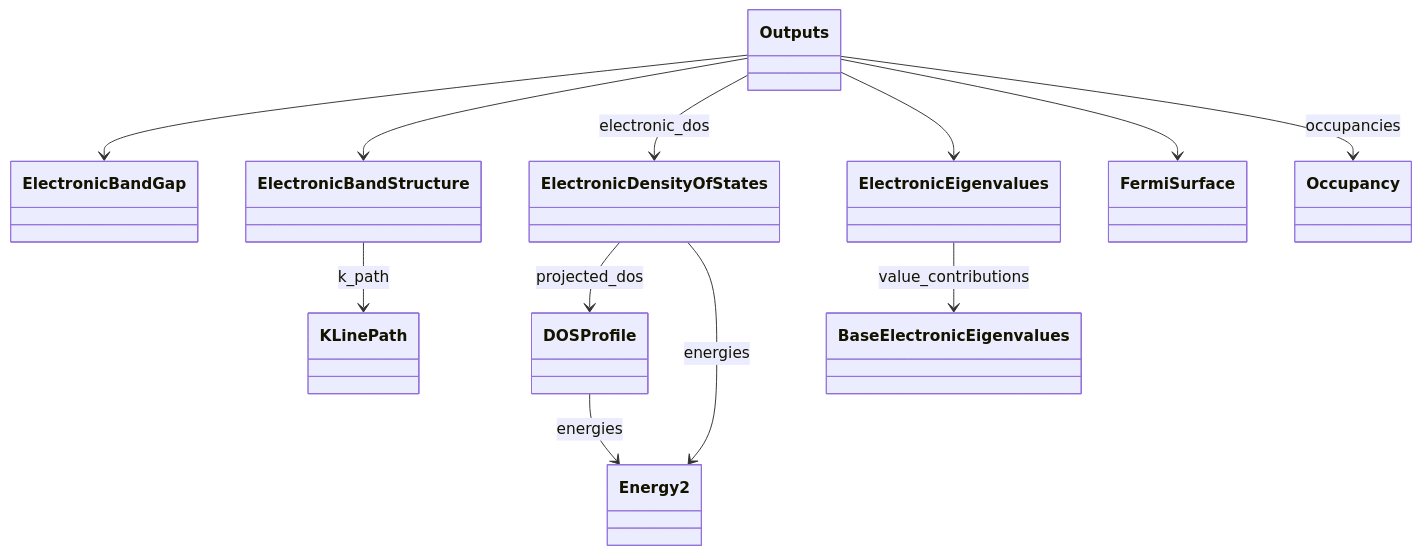
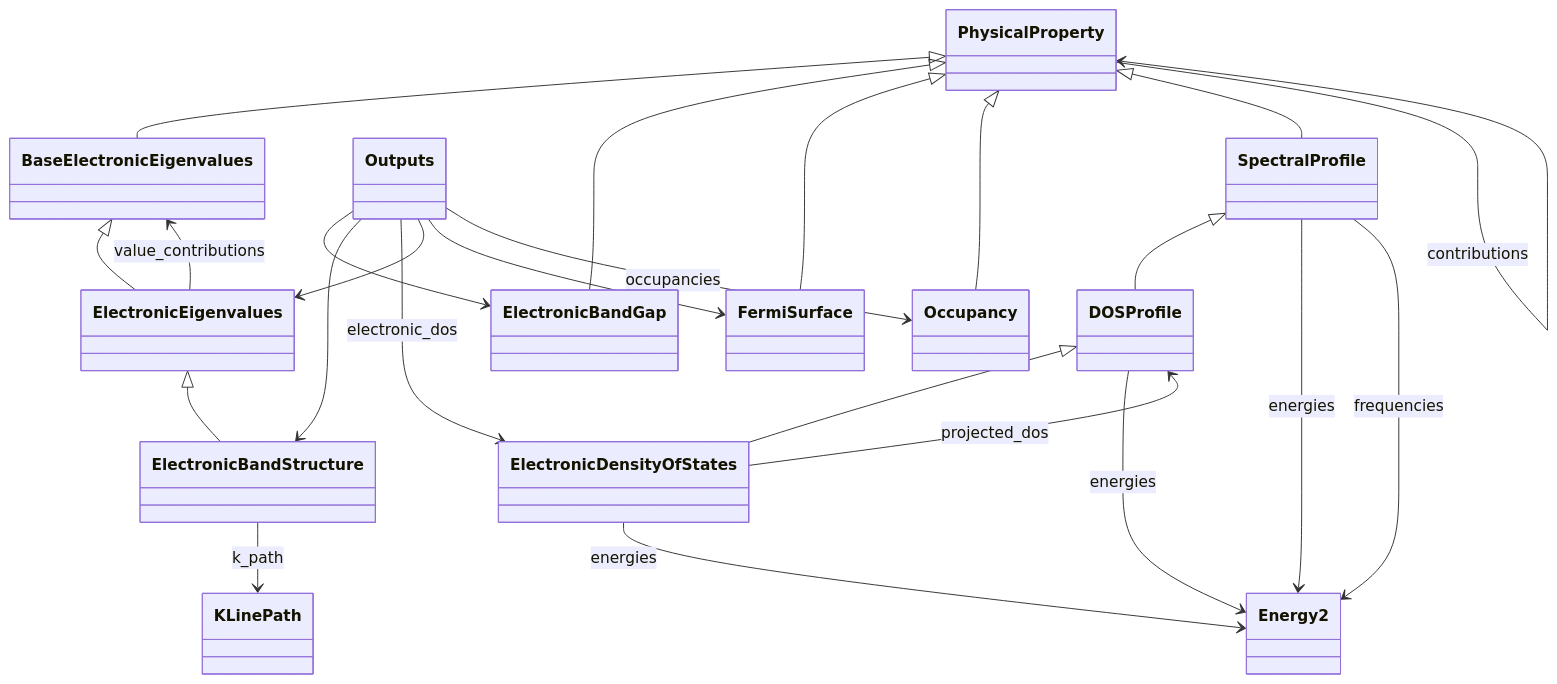
Before and after one commit to FAIRmat-NFDI/nomad-simulations: the diagram in docs/schema/electronic_properties.diagram.md, drawn with Mermaid. The commit also changed other lines of this file and 52 other files, not shown here.

Commit message:
add inheritance to diagrams, better organization

````diff
--- a/docs/schema/electronic_properties.diagram.md
+++ b/docs/schema/electronic_properties.diagram.md
@@ -15,36 +16,52 @@
 ```mermaid
 classDiagram
     class BaseElectronicEigenvalues {
     }
     class DOSProfile {
     }
     class ElectronicBandGap {
     }
     class ElectronicBandStructure {
     }
     class ElectronicDensityOfStates {
     }
     class ElectronicEigenvalues {
     }
     class Energy2 {
     }
     class FermiSurface {
     }
     class KLinePath {
     }
     class Occupancy {
     }
     class Outputs {
     }
+    class PhysicalProperty {
+    }
+    class SpectralProfile {
+    }
+    PhysicalProperty <|-- BaseElectronicEigenvalues
+    SpectralProfile <|-- DOSProfile
+    PhysicalProperty <|-- ElectronicBandGap
+    ElectronicEigenvalues <|-- ElectronicBandStructure
+    DOSProfile <|-- ElectronicDensityOfStates
+    BaseElectronicEigenvalues <|-- ElectronicEigenvalues
+    PhysicalProperty <|-- FermiSurface
+    PhysicalProperty <|-- Occupancy
+    PhysicalProperty <|-- SpectralProfile
     DOSProfile --> Energy2 : energies
     ElectronicBandStructure --> KLinePath : k_path
     ElectronicDensityOfStates --> DOSProfile : projected_dos
     ElectronicDensityOfStates --> Energy2 : energies
     ElectronicEigenvalues --> BaseElectronicEigenvalues : value_contributions
     Outputs --> ElectronicBandGap
     Outputs --> ElectronicBandStructure
     Outputs --> ElectronicDensityOfStates : electronic_dos
     Outputs --> ElectronicEigenvalues
     Outputs --> FermiSurface
     Outputs --> Occupancy : occupancies
+    PhysicalProperty --> PhysicalProperty : contributions
+    SpectralProfile --> Energy2 : energies
+    SpectralProfile --> Energy2 : frequencies
 ```
````
